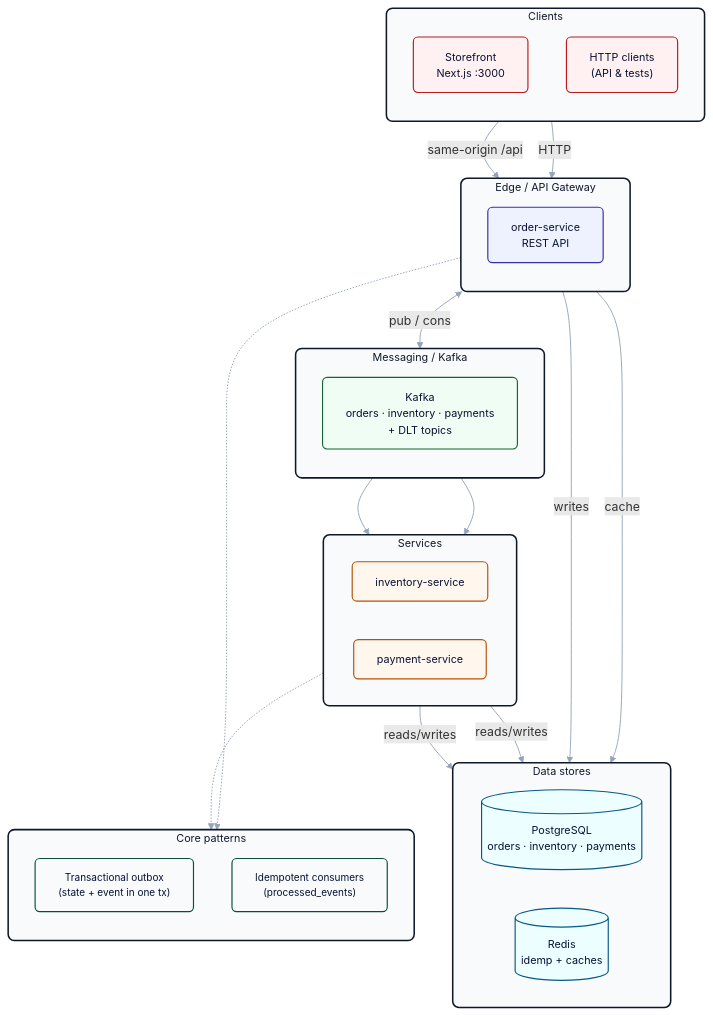
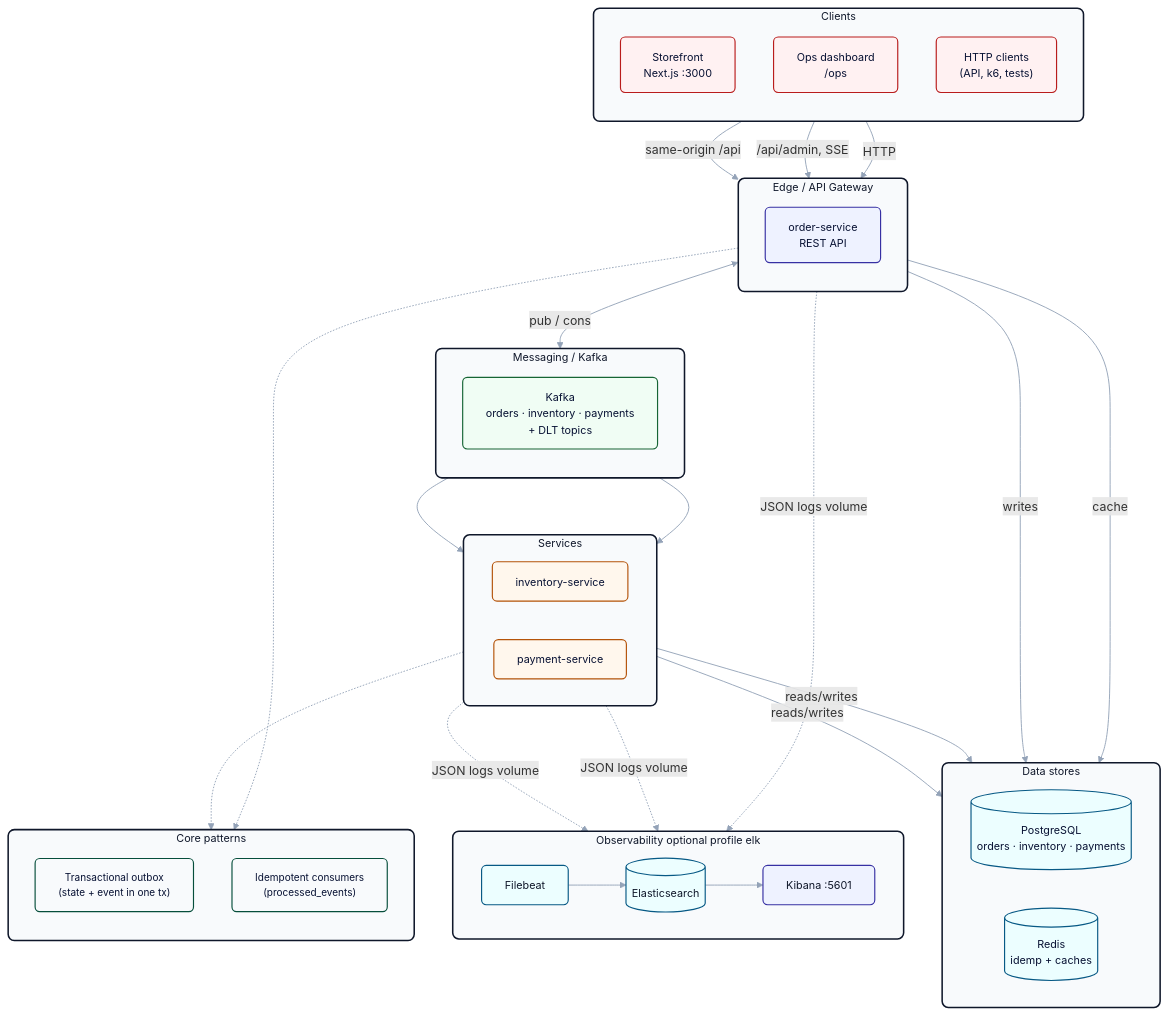
Before and after one commit to ArnavPoswal15/orderflow-platform: the diagram in README.md, drawn with Mermaid. The commit also changed other lines of this file and 12 other files, not shown here.

````diff
--- a/README.md
+++ b/README.md
@@ -22,7 +24,8 @@
   subgraph clients [Clients]
     direction TB
     WEB["Storefront\nNext.js :3000"]:::clients
-    API["HTTP clients\n(API & tests)"]:::clients
+    OPS["Ops dashboard\n/ops"]:::clients
+    API["HTTP clients\n(API, k6, tests)"]:::clients
   end
 
   subgraph edge [Edge / API Gateway]
@@ -49,6 +52,7 @@
 
   %% Connections (spaced out, with labels kept short)
   WEB -->|same-origin /api| OS
+  OPS -->|/api/admin, SSE| OS
   API -->|HTTP| OS
   OS -->|writes| PG
   OS -->|cache| R
@@ -59,6 +63,18 @@
 
   IS -->|reads/writes| PG
   PS -->|reads/writes| PG
+
+  subgraph observability [Observability optional profile elk]
+    direction LR
+    FB["Filebeat"]:::data
+    ES[("Elasticsearch")]:::data
+    KB["Kibana :5601"]:::edge
+    FB --> ES --> KB
+  end
+
+  OS -.->|JSON logs volume| FB
+  IS -.->|JSON logs volume| FB
+  PS -.->|JSON logs volume| FB
 
   %% Move patterns to the right in their own group so they don't cover nodes
   subgraph patterns [Core patterns]
@@ -73,6 +89,7 @@
 
   %% Explicit node styles to enforce dark text (fixes light-text on light backgrounds)
   style WEB fill:#fff1f2,stroke:#b91c1c,color:#071133,font-size:14px
+  style OPS fill:#fff1f2,stroke:#b91c1c,color:#071133,font-size:14px
   style API fill:#fff1f2,stroke:#b91c1c,color:#071133,font-size:14px
   style OS  fill:#eef2ff,stroke:#3730a3,color:#071133,font-size:14px
   style K   fill:#f0fdf4,stroke:#166534,color:#071133,font-size:14px
@@ -84,5 +101,5 @@
   style pattern2 fill:#f8fafc,stroke:#064e3b,color:#071133,font-size:13px
 
   %% Make sure cluster boxes are applied
-  class clients,edge,backbone,services,data cluster;
+  class clients,edge,backbone,services,data,observability cluster;
 ```
````
